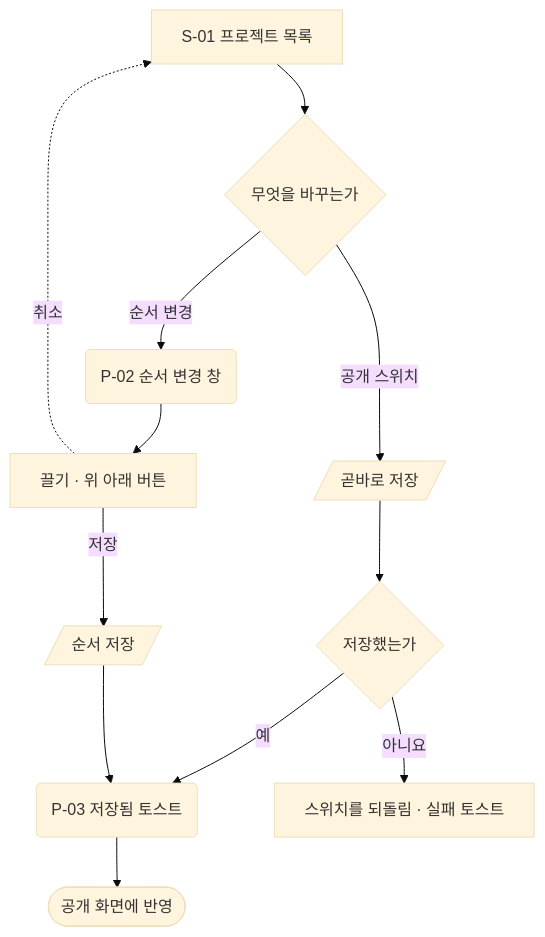
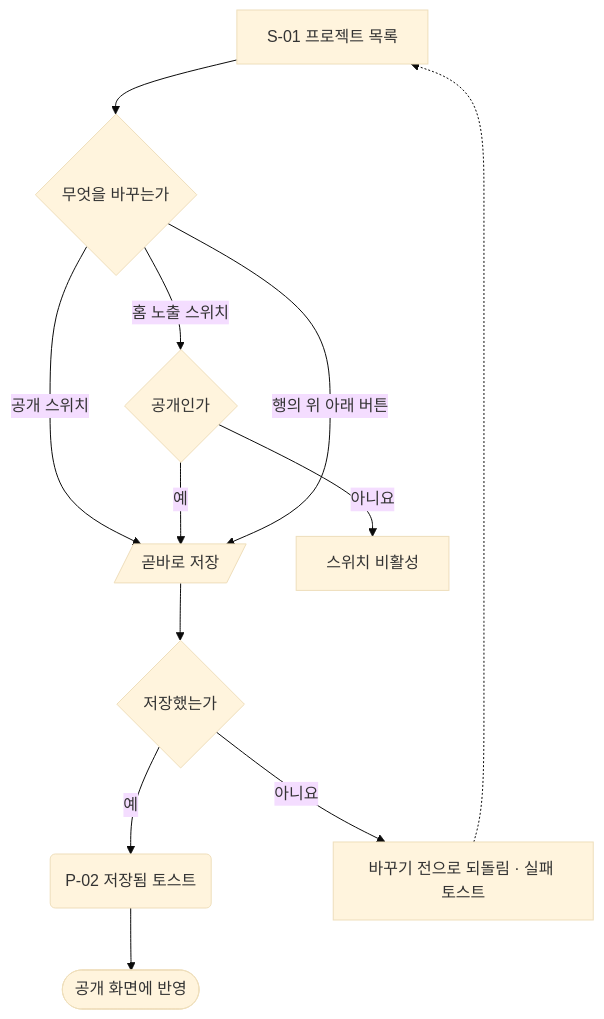
One commit to GUNIZZI/portfolio changed the third of 4 diagrams in docs/plan/admin/userflow.md. Above: the diagram before and after it, drawn with Mermaid (base theme). The commit also changed other lines of this file and 79 other files, not shown here.

````diff
--- a/docs/plan/admin/userflow.md
+++ b/docs/plan/admin/userflow.md
@@ -60,14 +61,14 @@
 ```mermaid
 flowchart TD
     LS["S-01 프로젝트 목록"]:::screen --> W{"무엇을 바꾸는가"}:::decision
     W -->|"공개 스위치"| SW[/"곧바로 저장"/]:::api
+    W -->|"홈 노출 스위치"| PB{"공개인가"}:::decision
+    PB -->|"아니요"| DIS["스위치 비활성"]:::warn
+    PB -->|"예"| SW
+    W -->|"행의 위 아래 버튼"| SW
     SW --> SR{"저장했는가"}:::decision
-    SR -->|"예"| T("P-03 저장됨 토스트"):::dialog
-    SR -->|"아니요"| BK["스위치를 되돌림 · 실패 토스트"]:::warn
-    W -->|"순서 변경"| OD("P-02 순서 변경 창"):::dialog
-    OD --> MV["끌기 · 위 아래 버튼"]:::step
-    MV -->|"저장"| OS[/"순서 저장"/]:::api
-    MV -.->|"취소"| LS
-    OS --> T
+    SR -->|"예"| T("P-02 저장됨 토스트"):::dialog
+    SR -->|"아니요"| BK["바꾸기 전으로 되돌림 · 실패 토스트"]:::warn
+    BK -.-> LS
     T --> END(["공개 화면에 반영"]):::done
 ```
````
